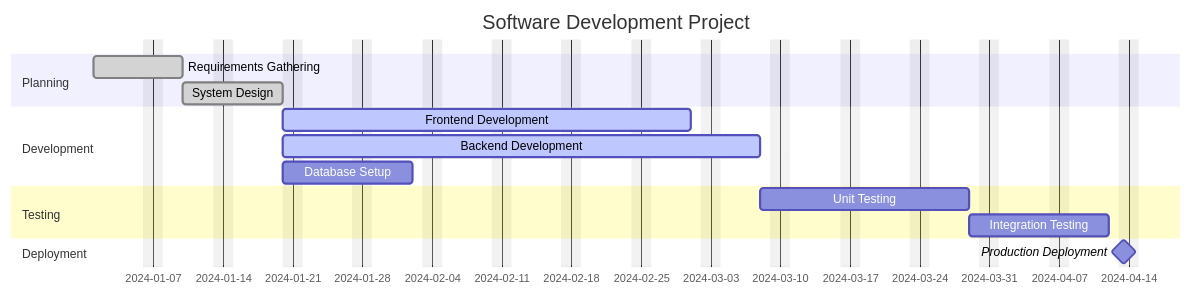
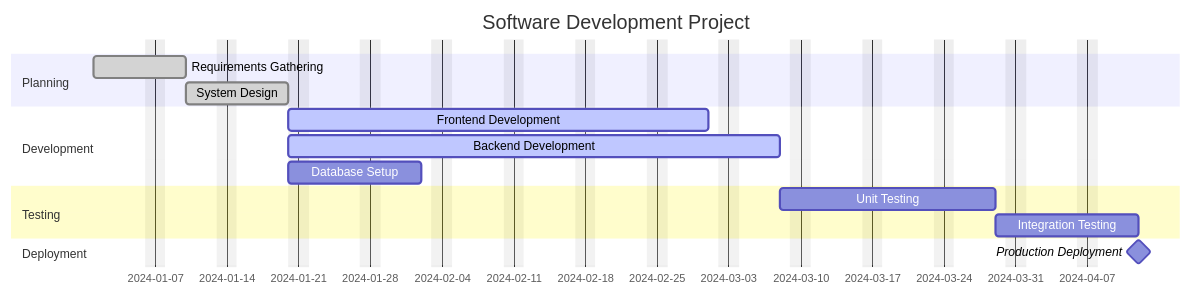
The eighth of 9 diagrams in skills/mermaid/examples/gantt.md (teachingai/full-stack-skills), drawn with Mermaid before and after one commit.

Commit message:
fix(docs): 修复甘特图示例中的部署时间配置
- 将Production Deployment的时间从1d改为0d以修正里程碑设置

````diff
--- a/skills/mermaid/examples/gantt.md
+++ b/skills/mermaid/examples/gantt.md
@@ -130,18 +130,18 @@
 ```mermaid
 gantt
     title Software Development Project
     dateFormat YYYY-MM-DD
     excludes weekends
     section Planning
     Requirements Gathering :done, req1, 2024-01-01, 2024-01-10
     System Design :done, des1, after req1, 2024-01-20
     section Development
     Frontend Development :active, front1, after des1, 30d
     Backend Development :active, back1, after des1, 35d
     Database Setup :db1, after des1, 10d
     section Testing
     Unit Testing :test1, after front1 back1, 15d
     Integration Testing :test2, after test1, 10d
     section Deployment
-    Production Deployment :milestone, deploy1, after test2, 1d
+    Production Deployment :milestone, deploy1, after test2, 0d
 ```
````
